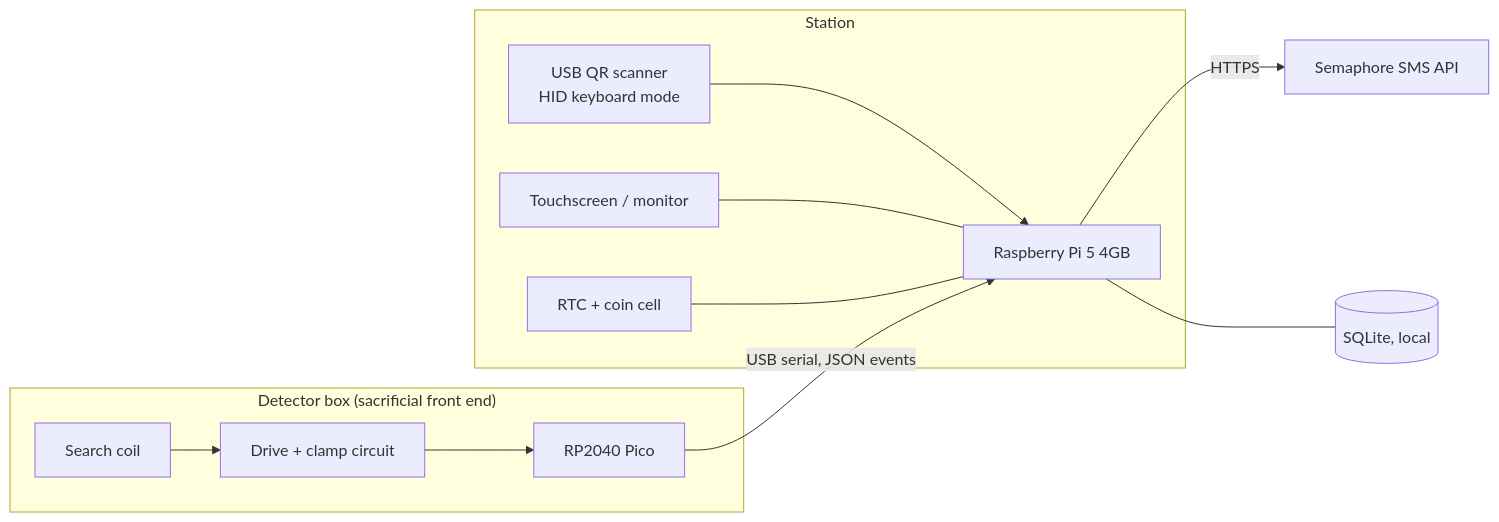
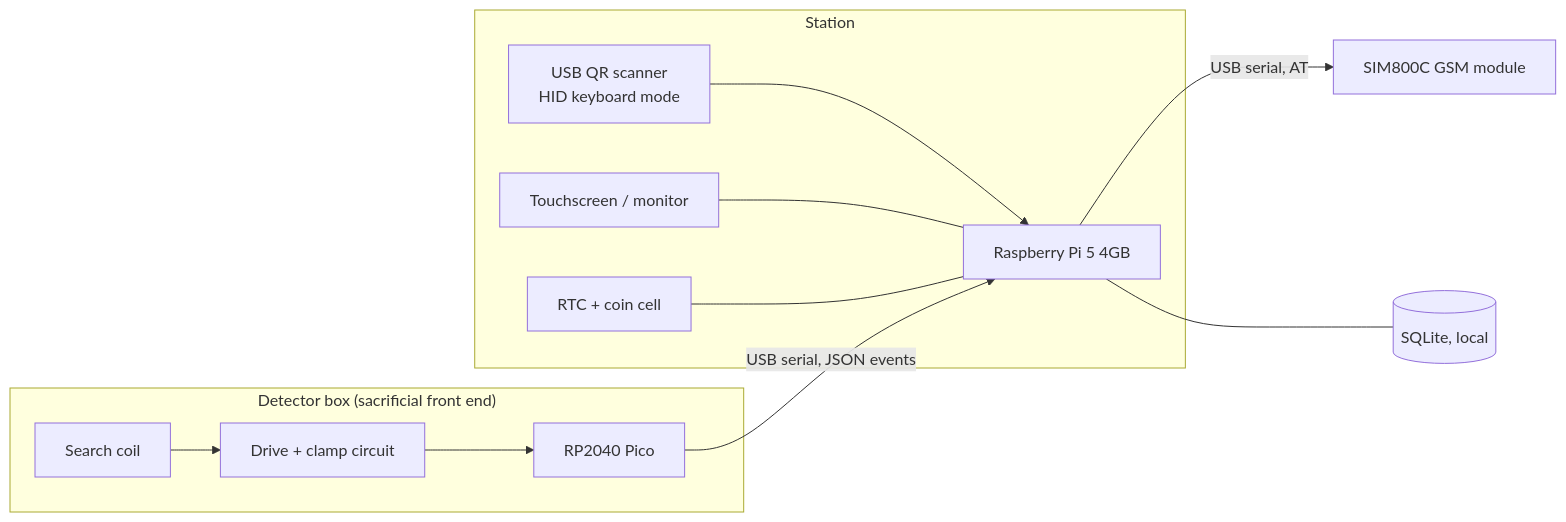
One commit to paopao-GG/brshs-qr-attendance-system changed the diagram in docs/hardware.md. Above: the diagram before and after it, drawn with Mermaid. The commit also changed other lines of this file and 23 other files, not shown here.

Commit message:
feat: replace SMS API to sim800c

````diff
--- a/docs/hardware.md
+++ b/docs/hardware.md
@@ -9,16 +9,16 @@
 ```mermaid
 flowchart LR
     subgraph BOX["Detector box (sacrificial front end)"]
         C[Search coil] --> AFE[Drive + clamp circuit]
         AFE --> P[RP2040 Pico]
     end
     subgraph STATION["Station"]
         PI[Raspberry Pi 5 4GB]
         S[USB QR scanner<br/>HID keyboard mode] --> PI
         D[Touchscreen / monitor] --- PI
         R[RTC + coin cell] --- PI
     end
     P -->|USB serial, JSON events| PI
-    PI -->|HTTPS| API[Semaphore SMS API]
+    PI -->|USB serial, AT| API[SIM800C GSM module]
     PI --- DB[(SQLite, local)]
 ```
````
